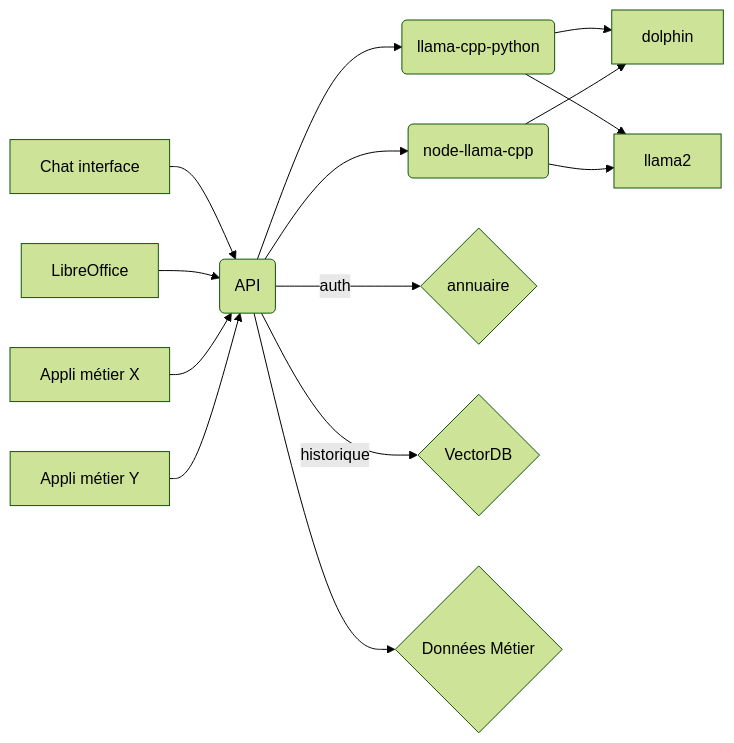
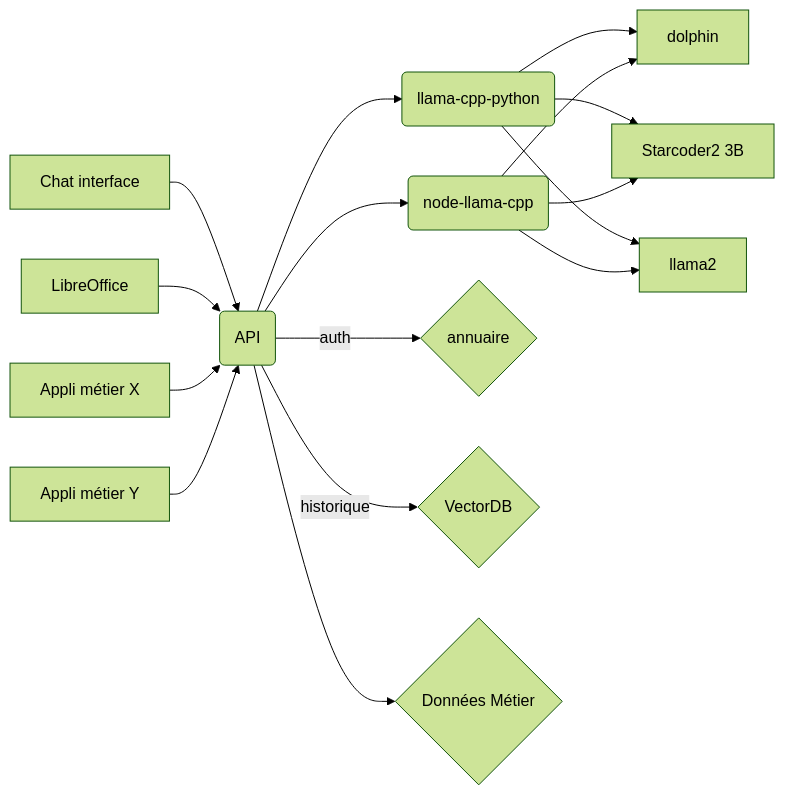
Before and after one commit to scenaristeur/igora-reloaded: the diagram in igora-reloaded.mmd, drawn with Mermaid (forest theme). The commit also changed 3 other files, not shown here.

```diff
--- a/igora-reloaded.mmd
+++ b/igora-reloaded.mmd
@@ -1,15 +1,17 @@
 graph LR
     A[Chat interface] --> B(API)
     B --> C(llama-cpp-python)
     C --> D[dolphin]
+    C --> M[Starcoder2 3B]
+    I --> M[Starcoder2 3B]
     C --> E[llama2]
     F[LibreOffice] --> B
     G[Appli métier X] --> B
     H[Appli métier Y] --> B
     B --> I(node-llama-cpp)
     I --> D
     I --> E
     
     B --auth--> J{annuaire}
     B --historique --> K{VectorDB}
     B --> L{Données Métier}
```
